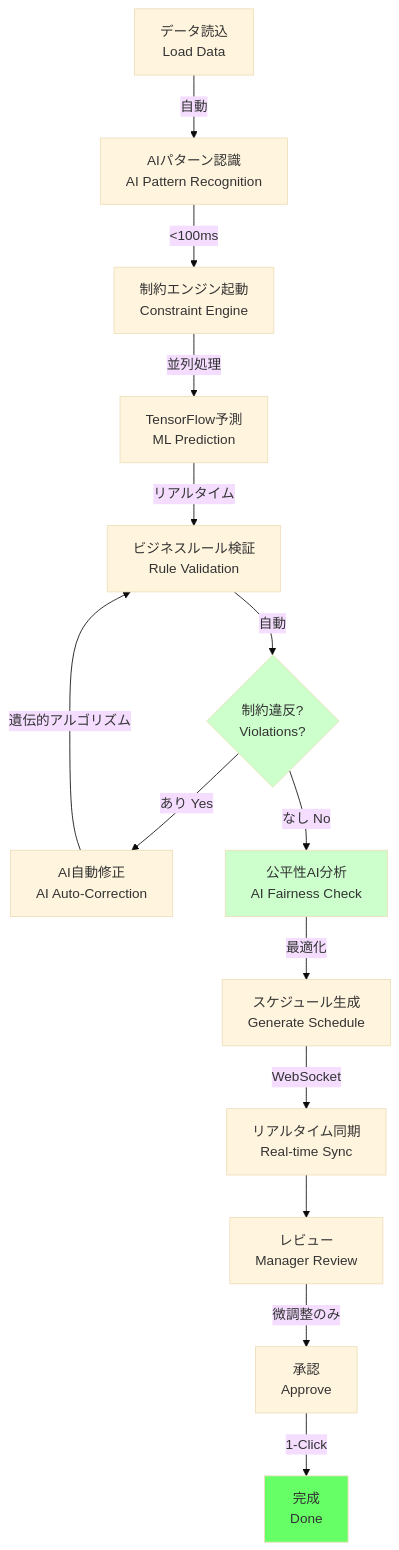
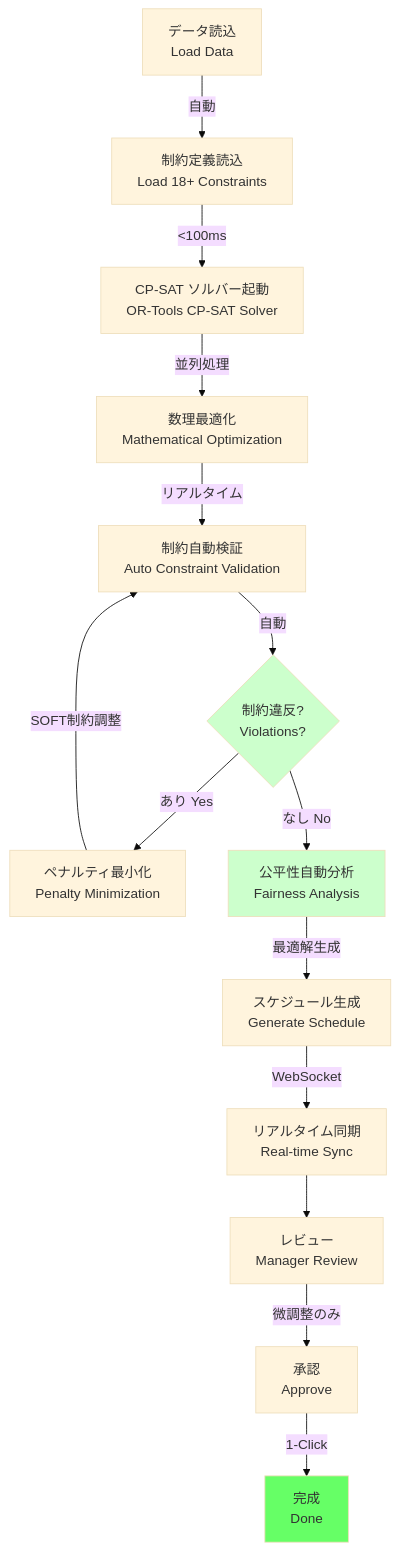
The second of 11 diagrams in research/visual-comparison.md (theshidiq/SSM-or-tools), drawn with Mermaid (base theme) before and after one commit. The commit also changed other lines of this file, not shown here.

First line of the commit message:
docs: Update visual-comparison.md with OR-Tools CP-SAT architecture

````diff
--- a/research/visual-comparison.md
+++ b/research/visual-comparison.md
@@ -50,20 +50,20 @@
 ```mermaid
 graph TD
-    A[データ読込<br/>Load Data] -->|自動| B[AIパターン認識<br/>AI Pattern Recognition]
-    B -->|<100ms| C[制約エンジン起動<br/>Constraint Engine]
-    C -->|並列処理| D[TensorFlow予測<br/>ML Prediction]
-    D -->|リアルタイム| E[ビジネスルール検証<br/>Rule Validation]
+    A[データ読込<br/>Load Data] -->|自動| B[制約定義読込<br/>Load 18+ Constraints]
+    B -->|<100ms| C[CP-SAT ソルバー起動<br/>OR-Tools CP-SAT Solver]
+    C -->|並列処理| D[数理最適化<br/>Mathematical Optimization]
+    D -->|リアルタイム| E[制約自動検証<br/>Auto Constraint Validation]
     E -->|自動| F{制約違反?<br/>Violations?}
-    F -->|あり Yes| G[AI自動修正<br/>AI Auto-Correction]
-    G -->|遺伝的アルゴリズム| E
-    F -->|なし No| H[公平性AI分析<br/>AI Fairness Check]
-    H -->|最適化| I[スケジュール生成<br/>Generate Schedule]
+    F -->|あり Yes| G[ペナルティ最小化<br/>Penalty Minimization]
+    G -->|SOFT制約調整| E
+    F -->|なし No| H[公平性自動分析<br/>Fairness Analysis]
+    H -->|最適解生成| I[スケジュール生成<br/>Generate Schedule]
     I -->|WebSocket| J[リアルタイム同期<br/>Real-time Sync]
     J --> K[レビュー<br/>Manager Review]
     K -->|微調整のみ| L[承認<br/>Approve]
     L -->|1-Click| M[完成<br/>Done]
 
     style F fill:#ccffcc
     style H fill:#ccffcc
     style M fill:#66ff66
 ```
````
